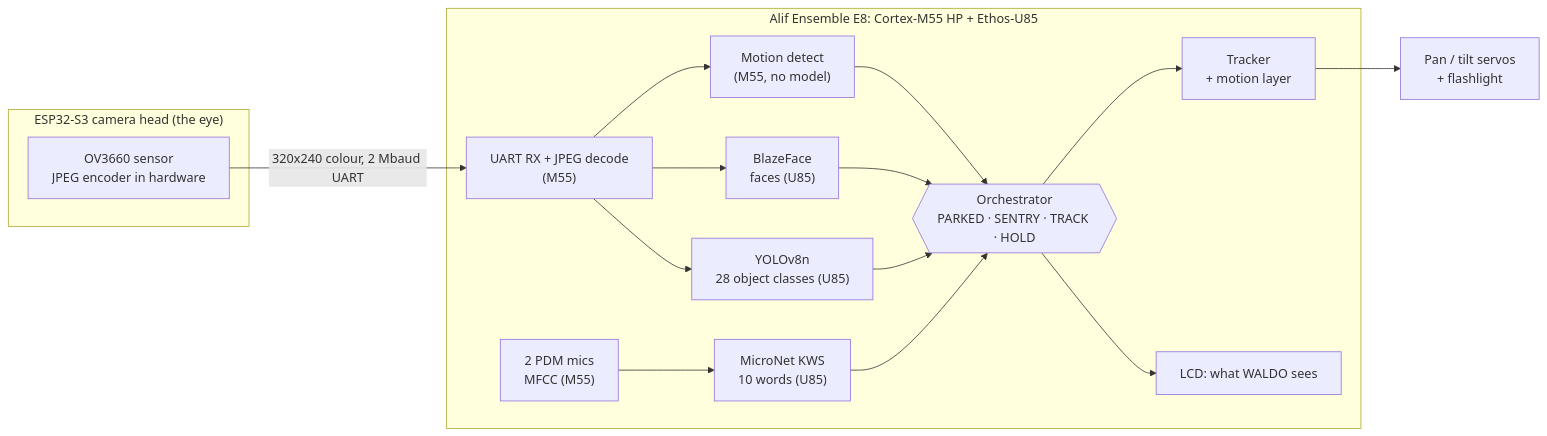
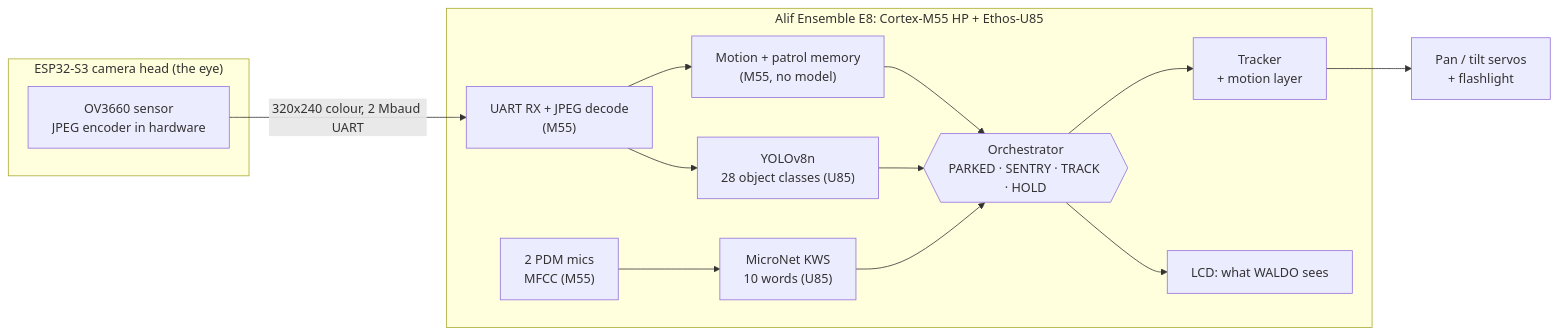
The first of 2 diagrams in README.md (WALDO-Hacks/WALDO-executorch), drawn with Mermaid before and after one commit. The commit also changed other lines of this file, not shown here.

Commit message:
README: the YOLO turret, the patrol, NPU timing

````diff
--- a/README.md
+++ b/README.md
@@ -17,24 +17,23 @@
 ```mermaid
 flowchart LR
     subgraph HEAD["ESP32-S3 camera head (the eye)"]
         CAM["OV3660 sensor<br/>JPEG encoder in hardware"]
     end
     subgraph E8["Alif Ensemble E8: Cortex-M55 HP + Ethos-U85"]
         RX["UART RX + JPEG decode<br/>(M55)"]
-        FACE["BlazeFace<br/>faces (U85)"]
         YOLO["YOLOv8n<br/>28 object classes (U85)"]
-        MOT["Motion detect<br/>(M55, no model)"]
+        MOT["Motion + patrol memory<br/>(M55, no model)"]
         MIC["2 PDM mics<br/>MFCC (M55)"]
         KWS["MicroNet KWS<br/>10 words (U85)"]
         ORCH{{"Orchestrator<br/>PARKED · SENTRY · TRACK · HOLD"}}
         TRK["Tracker<br/>+ motion layer"]
         LCD["LCD: what WALDO sees"]
     end
     SERVO["Pan / tilt servos<br/>+ flashlight"]
     CAM -- "320x240 colour, 2 Mbaud UART" --> RX
-    RX --> MOT & FACE & YOLO
+    RX --> MOT & YOLO
     MIC --> KWS
-    MOT & FACE & YOLO & KWS --> ORCH
+    MOT & YOLO & KWS --> ORCH
     ORCH --> TRK --> SERVO
     ORCH --> LCD
 ```
````
